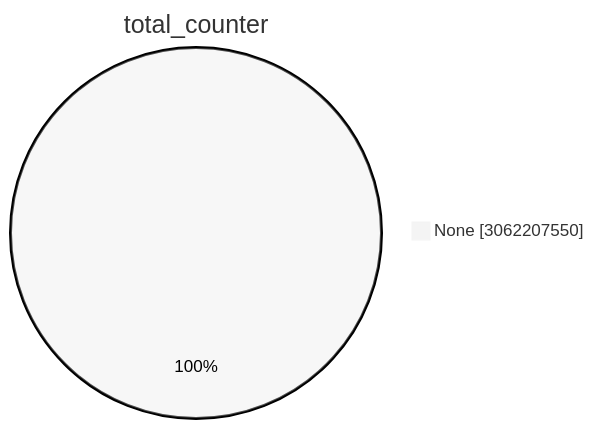
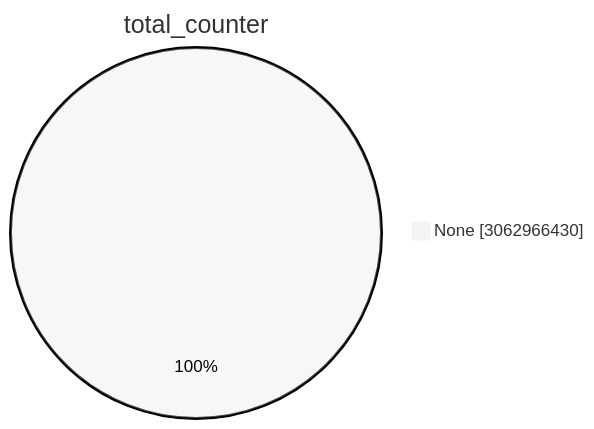
One commit to christiankrug/ctmonitor_visualization changed the first of 15 diagrams in TOTAL/README.md. Above: the diagram before and after it, drawn with Mermaid (neutral theme). The commit also changed other lines of this file, not shown here.

````diff
--- a/TOTAL/README.md
+++ b/TOTAL/README.md
@@ -1,5 +1,5 @@
 ```mermaid
 pie showData
 title total_counter
-"None" :3062207550
+"None" :3062966430
 ```
````
